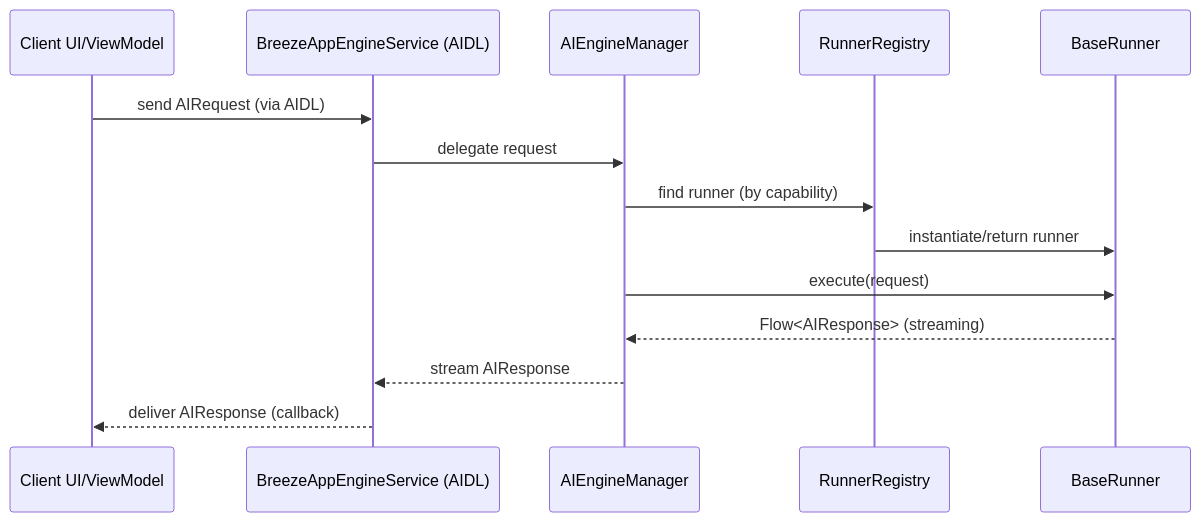
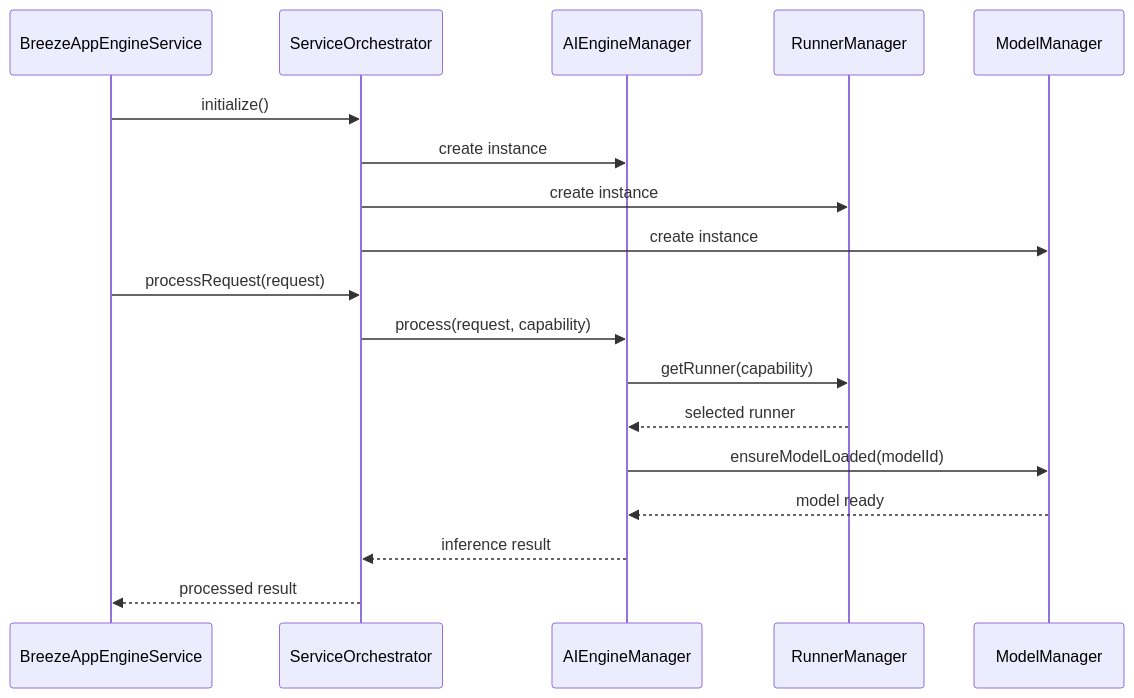
One commit to mtkresearch/BreezeApp-engine changed the third of 25 diagrams in android/breeze-app-engine/README.md. Above: the diagram before and after it, drawn with Mermaid. The commit also changed other lines of this file and 1 other file, not shown here.

Commit message:
Add Chinese README for BreezeApp Engine, detailing system architecture, service layer, business logic, runner implementations, model management, and deployment. Enhance documentation with comprehensive diagrams and examples for better understanding and integration.

````diff
--- a/android/breeze-app-engine/README.md
+++ b/android/breeze-app-engine/README.md
@@ -194,16 +135,22 @@
 ```mermaid
 sequenceDiagram
-    participant UI as Client UI/ViewModel
-    participant AIDL as BreezeAppEngineService (AIDL)
-    participant Manager as AIEngineManager
-    participant Registry as RunnerRegistry
-    participant Runner as BaseRunner
-    UI->>AIDL: send AIRequest (via AIDL)
-    AIDL->>Manager: delegate request
-    Manager->>Registry: find runner (by capability)
-    Registry->>Runner: instantiate/return runner
-    Manager->>Runner: execute(request)
-    Runner-->>Manager: Flow<AIResponse> (streaming)
-    Manager-->>AIDL: stream AIResponse
-    AIDL-->>UI: deliver AIResponse (callback)
+    participant Service as BreezeAppEngineService
+    participant Orchestrator as ServiceOrchestrator
+    participant Engine as AIEngineManager
+    participant Runner as RunnerManager
+    participant Model as ModelManager
+
+    Service->>Orchestrator: initialize()
+    Orchestrator->>Engine: create instance
+    Orchestrator->>Runner: create instance
+    Orchestrator->>Model: create instance
+
+    Service->>Orchestrator: processRequest(request)
+    Orchestrator->>Engine: process(request, capability)
+    Engine->>Runner: getRunner(capability)
+    Runner-->>Engine: selected runner
+    Engine->>Model: ensureModelLoaded(modelId)
+    Model-->>Engine: model ready
+    Engine-->>Orchestrator: inference result
+    Orchestrator-->>Service: processed result
 ```
````
